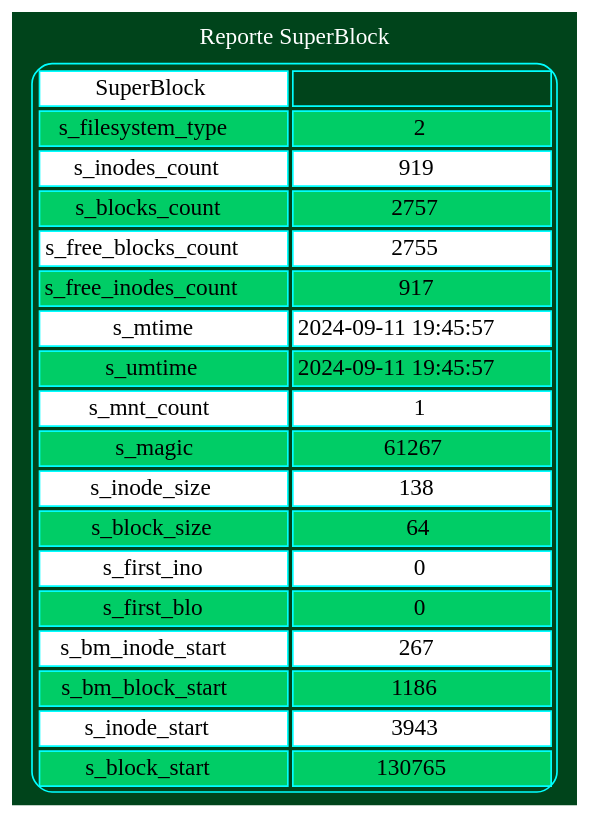
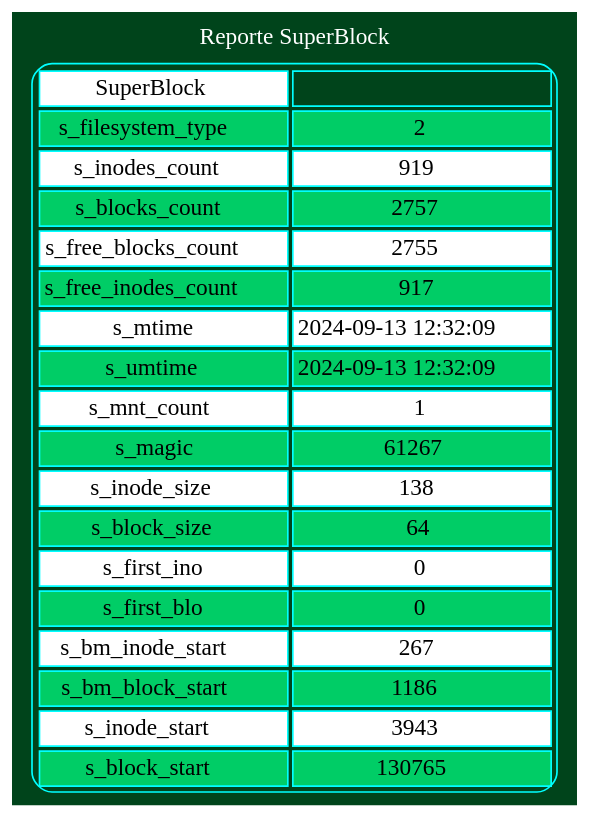
The diagram in output/reporteSB.dot (Josue013/MIA_2S_P1_202202481), drawn with Graphviz before and after one commit. The commit also changed 14 other files, not shown here.

```diff
--- a/output/reporteSB.dot
+++ b/output/reporteSB.dot
@@ -1,22 +1,22 @@
 digraph grid {bgcolor="#00441b" fontcolor="white" label=" Reporte SuperBlock "layout=dot labelloc = "t"edge [weigth=1000 style=dashed color=red4 dir = "both" arrowtail="open" arrowhead="open"]a0[shape=none, color=cyan, label=<
 <TABLE cellspacing="3" cellpadding="2" style="rounded" >
 <TR><TD bgcolor="white">SuperBlock</TD><TD></TD></TR>
 <TR><TD bgcolor="springgreen3">s_filesystem_type</TD><TD bgcolor="springgreen3">2</TD></TR>
 <TR><TD bgcolor="white">s_inodes_count</TD><TD bgcolor="white">919</TD></TR>
 <TR><TD bgcolor="springgreen3">s_blocks_count</TD><TD bgcolor="springgreen3">2757</TD></TR>
 <TR><TD bgcolor="white">s_free_blocks_count</TD><TD bgcolor="white">2755</TD></TR>
 <TR><TD bgcolor="springgreen3">s_free_inodes_count</TD><TD bgcolor="springgreen3">917</TD></TR>
-<TR><TD bgcolor="white">s_mtime</TD><TD bgcolor="white">2024-09-11 19:45:57</TD></TR>
-<TR><TD bgcolor="springgreen3">s_umtime</TD><TD bgcolor="springgreen3">2024-09-11 19:45:57</TD></TR>
+<TR><TD bgcolor="white">s_mtime</TD><TD bgcolor="white">2024-09-13 12:32:09</TD></TR>
+<TR><TD bgcolor="springgreen3">s_umtime</TD><TD bgcolor="springgreen3">2024-09-13 12:32:09</TD></TR>
 <TR><TD bgcolor="white">s_mnt_count</TD><TD bgcolor="white">1</TD></TR>
 <TR><TD bgcolor="springgreen3">s_magic</TD><TD bgcolor="springgreen3">61267</TD></TR>
 <TR><TD bgcolor="white">s_inode_size</TD><TD bgcolor="white">138</TD></TR>
 <TR><TD bgcolor="springgreen3">s_block_size</TD><TD bgcolor="springgreen3">64</TD></TR>
 <TR><TD bgcolor="white">s_first_ino</TD><TD bgcolor="white">0</TD></TR>
 <TR><TD bgcolor="springgreen3">s_first_blo</TD><TD bgcolor="springgreen3">0</TD></TR>
 <TR><TD bgcolor="white">s_bm_inode_start</TD><TD bgcolor="white">267</TD></TR>
 <TR><TD bgcolor="springgreen3">s_bm_block_start</TD><TD bgcolor="springgreen3">1186</TD></TR>
 <TR><TD bgcolor="white">s_inode_start</TD><TD bgcolor="white">3943</TD></TR>
 <TR><TD bgcolor="springgreen3">s_block_start</TD><TD bgcolor="springgreen3">130765</TD></TR>
 </TABLE>>];
 }
```
